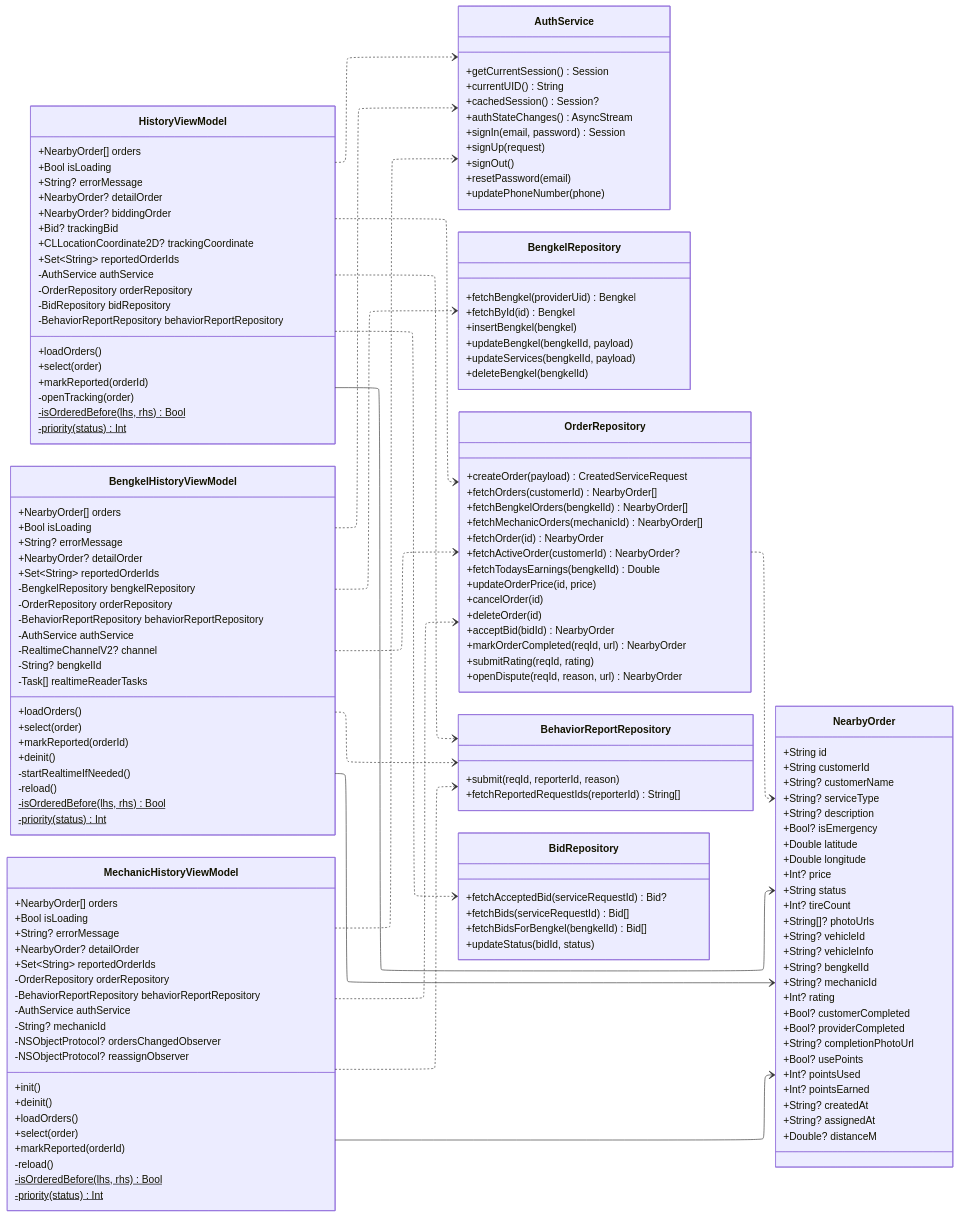
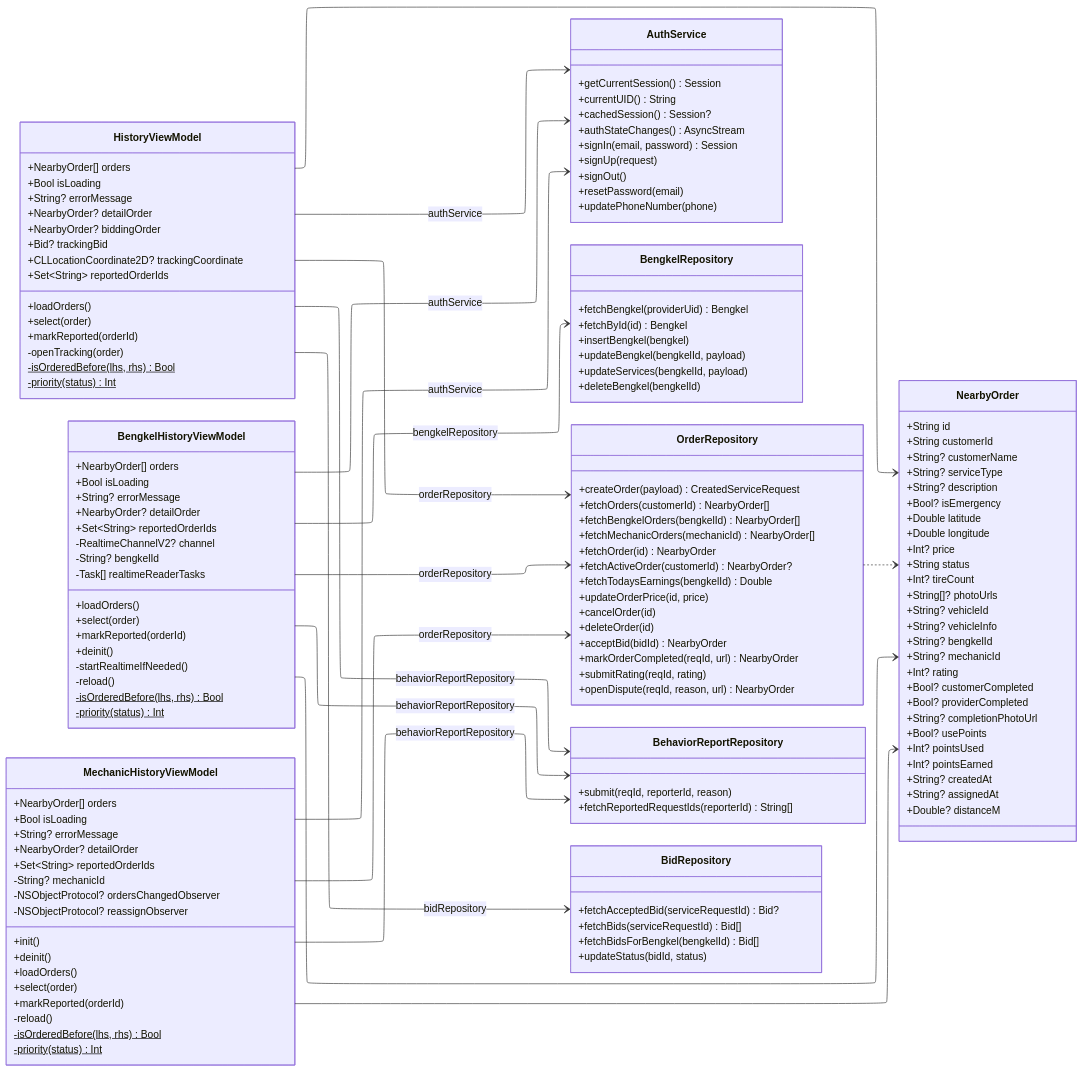
Diagram 11 of 12 in diagram/feature-class-diagrams.md (rei-soemanto/BengkelIn_SE), drawn with Mermaid before and after one commit. The commit also changed other lines of this file and 21 other files, not shown here.

Commit message:
more accurate class diagram

```diff
--- a/diagram/feature-class-diagrams.md
+++ b/diagram/feature-class-diagrams.md
@@ -1890,10 +1819,6 @@
         +Bid? trackingBid
         +CLLocationCoordinate2D? trackingCoordinate
         +Set~String~ reportedOrderIds
-        -AuthService authService
-        -OrderRepository orderRepository
-        -BidRepository bidRepository
-        -BehaviorReportRepository behaviorReportRepository
         +loadOrders()
         +select(order)
         +markReported(orderId)
@@ -1907,10 +1832,6 @@
         +String? errorMessage
         +NearbyOrder? detailOrder
         +Set~String~ reportedOrderIds
-        -BengkelRepository bengkelRepository
-        -OrderRepository orderRepository
-        -BehaviorReportRepository behaviorReportRepository
-        -AuthService authService
         -RealtimeChannelV2? channel
         -String? bengkelId
         -Task[] realtimeReaderTasks
@@ -1929,9 +1850,6 @@
         +String? errorMessage
         +NearbyOrder? detailOrder
         +Set~String~ reportedOrderIds
-        -OrderRepository orderRepository
-        -BehaviorReportRepository behaviorReportRepository
-        -AuthService authService
         -String? mechanicId
         -NSObjectProtocol? ordersChangedObserver
         -NSObjectProtocol? reassignObserver
@@ -1951,19 +1869,19 @@
         +updateStatus(bidId, status)
     }
 
-    HistoryViewModel ..> OrderRepository
-    HistoryViewModel ..> BidRepository
-    HistoryViewModel ..> BehaviorReportRepository
-    HistoryViewModel ..> AuthService
+    HistoryViewModel --> OrderRepository : orderRepository
+    HistoryViewModel --> BidRepository : bidRepository
+    HistoryViewModel --> BehaviorReportRepository : behaviorReportRepository
+    HistoryViewModel --> AuthService : authService
     HistoryViewModel --> NearbyOrder
-    BengkelHistoryViewModel ..> OrderRepository
-    BengkelHistoryViewModel ..> BengkelRepository
-    BengkelHistoryViewModel ..> BehaviorReportRepository
-    BengkelHistoryViewModel ..> AuthService
+    BengkelHistoryViewModel --> OrderRepository : orderRepository
+    BengkelHistoryViewModel --> BengkelRepository : bengkelRepository
+    BengkelHistoryViewModel --> BehaviorReportRepository : behaviorReportRepository
+    BengkelHistoryViewModel --> AuthService : authService
     BengkelHistoryViewModel --> NearbyOrder
-    MechanicHistoryViewModel ..> OrderRepository
-    MechanicHistoryViewModel ..> BehaviorReportRepository
-    MechanicHistoryViewModel ..> AuthService
+    MechanicHistoryViewModel --> OrderRepository : orderRepository
+    MechanicHistoryViewModel --> BehaviorReportRepository : behaviorReportRepository
+    MechanicHistoryViewModel --> AuthService : authService
     MechanicHistoryViewModel --> NearbyOrder
     OrderRepository ..> NearbyOrder
 
```
